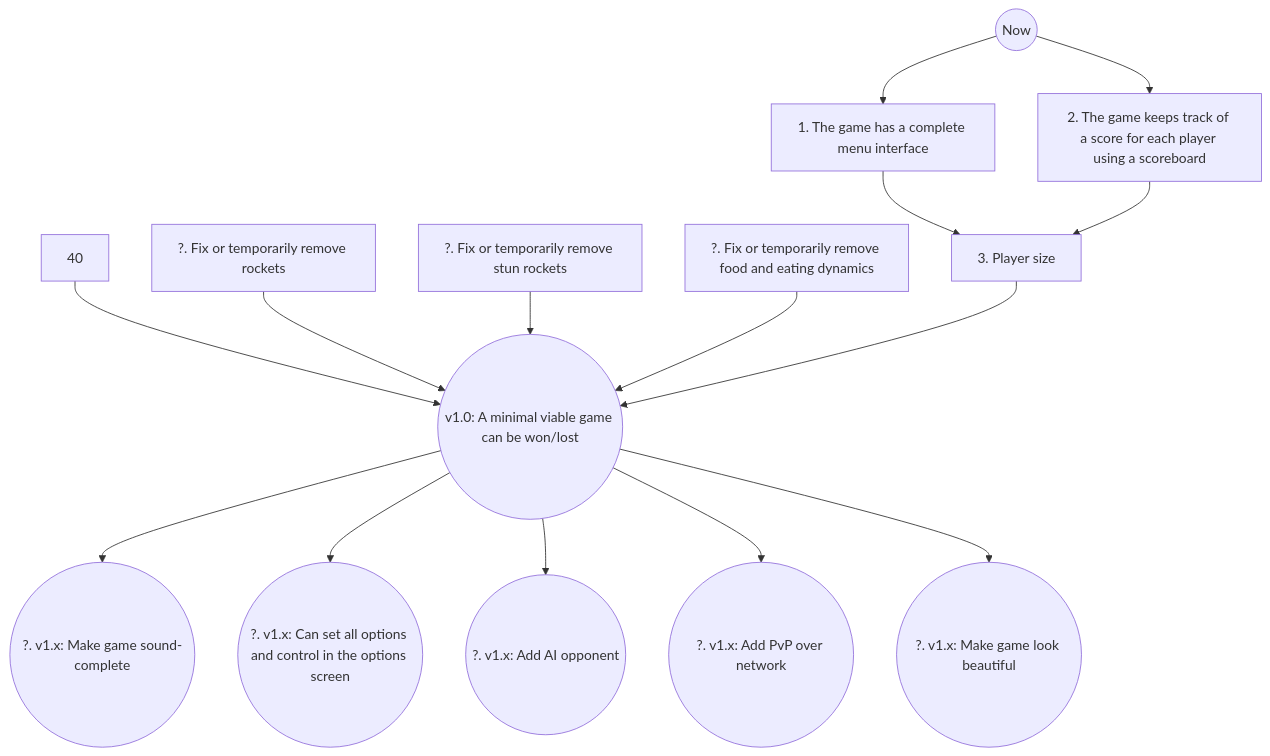
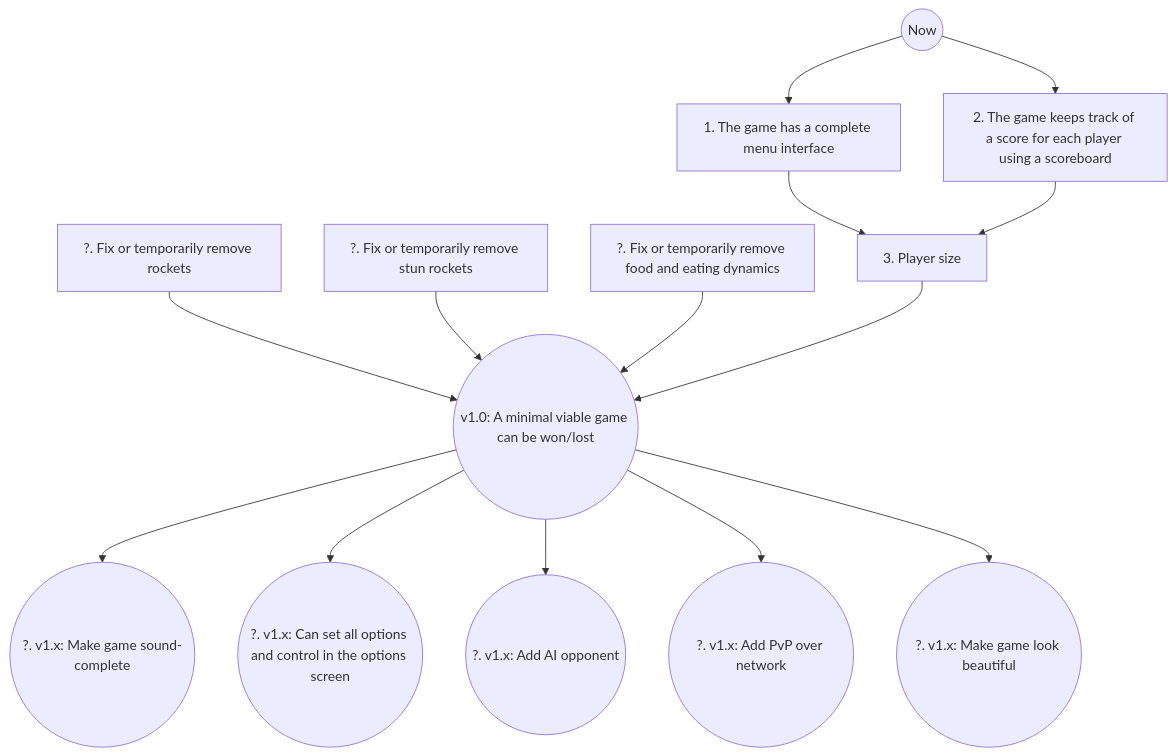
The diagram in doc/roadmap.md (tresinformal/drakkar), drawn with Mermaid before and after one commit.

Commit message:
No idea what 40 was

````diff
--- a/doc/roadmap.md
+++ b/doc/roadmap.md
@@ -3,17 +3,16 @@
 ```mermaid
 graph TD;
     0((Now))-->10[1. The game has a complete menu interface];
     0-->20[2. The game keeps track of a score for each player using a scoreboard]
     10-->30[3. Player size]
     20-->30
-    40-->100
     50[?. Fix or temporarily remove rockets]-->100
     60[?. Fix or temporarily remove stun rockets]-->100
     70[?. Fix or temporarily remove food and eating dynamics]-->100
     30-->100((v1.0: A minimal viable game can be won/lost))
     100-->200((?. v1.x: Make game sound-complete))
     100-->300((?. v1.x: Can set all options and control in the options screen))
     100-->400((?. v1.x: Add AI opponent))
     100-->500((?. v1.x: Add PvP over network))
     100-->600((?. v1.x: Make game look beautiful))
 ```
````
